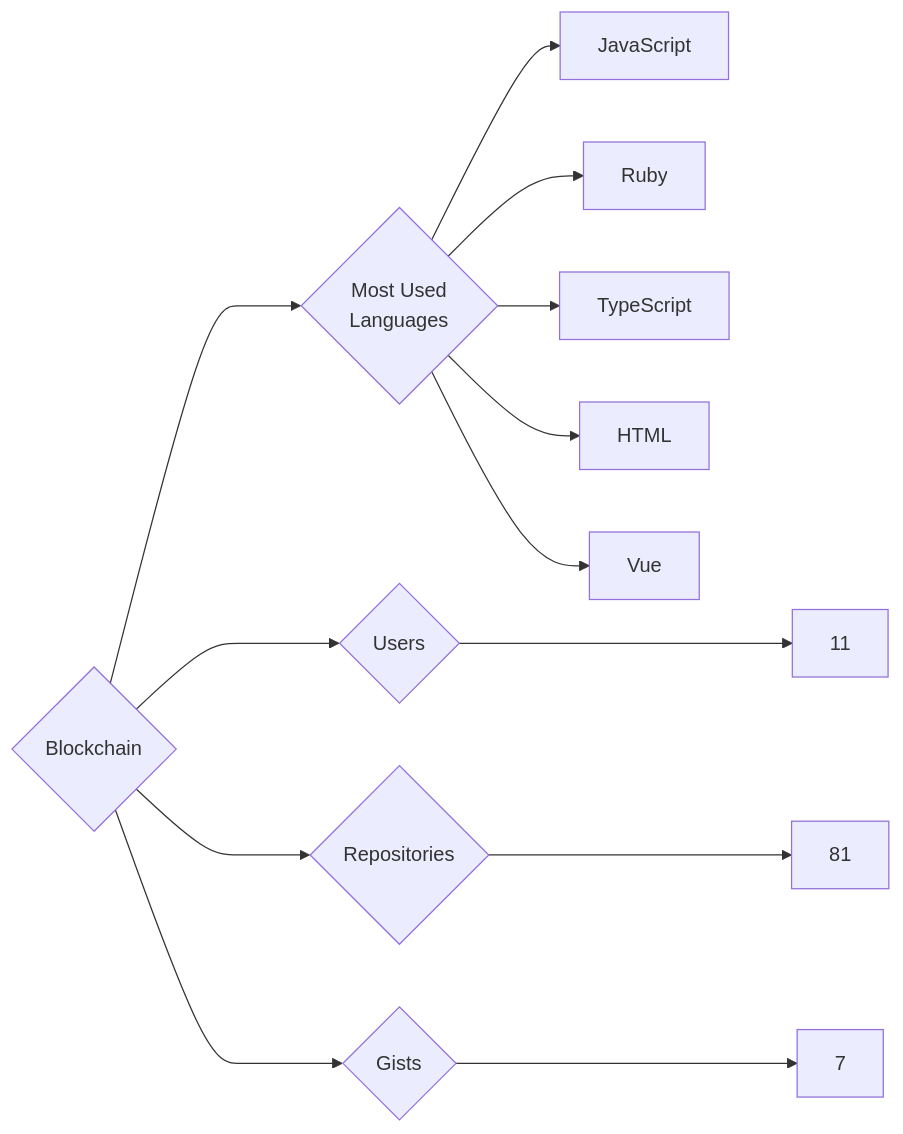
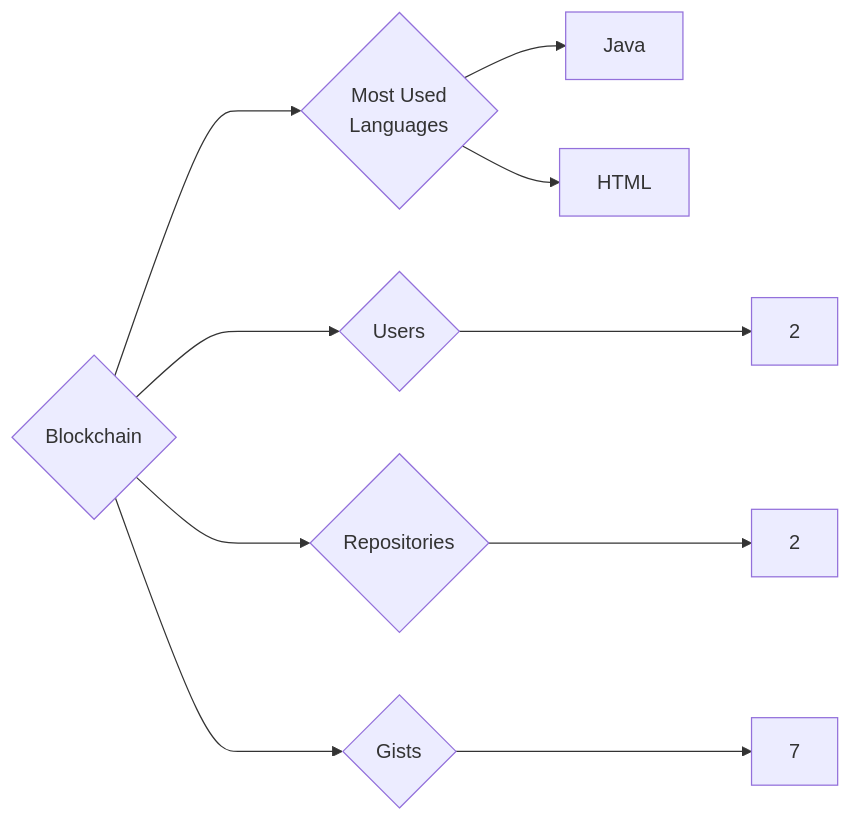
One commit to trickest/insiders changed the diagram in targets/Blockchain/README.md. Above: the diagram before and after it, drawn with Mermaid. The commit also changed 679 other files, not shown here.

````diff
--- a/targets/Blockchain/README.md
+++ b/targets/Blockchain/README.md
@@ -3,13 +3,10 @@
 ```mermaid
 graph LR
 COMPANY_NAME{Blockchain}
-COMPANY_NAME ---> U{Users} ---> UN[11]
-COMPANY_NAME ---> R{Repositories} ---> RN[81]
+COMPANY_NAME ---> U{Users} ---> UN[2]
+COMPANY_NAME ---> R{Repositories} ---> RN[2]
 COMPANY_NAME ---> G{Gists} ---> GN[7]
 COMPANY_NAME ---> ML{Most Used<br>Languages}
-ML --> JavaScript[JavaScript]
-ML --> Ruby[Ruby]
-ML --> TypeScript[TypeScript]
+ML --> Java[Java]
 ML --> HTML[HTML]
-ML --> Vue[Vue]
 ```
````
